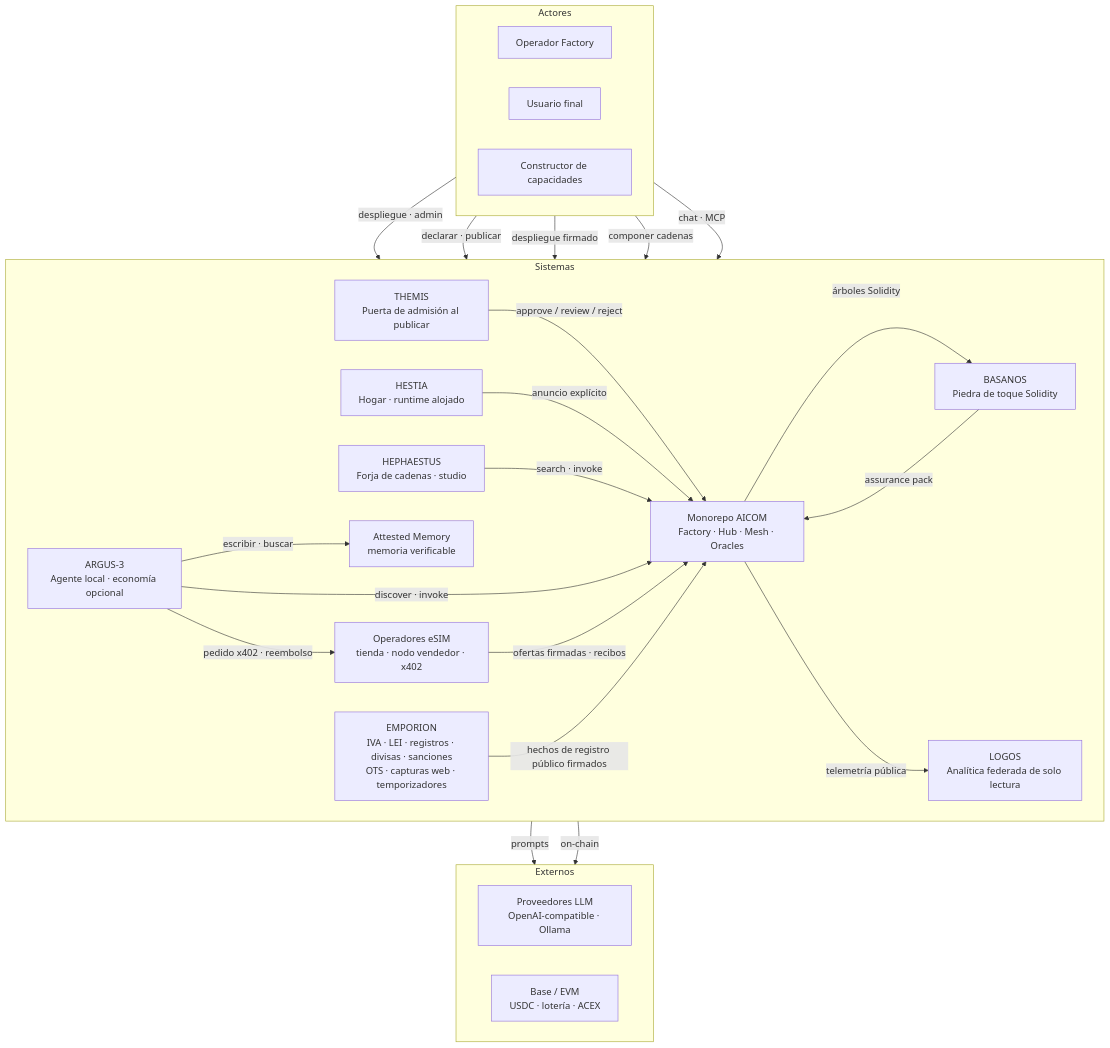
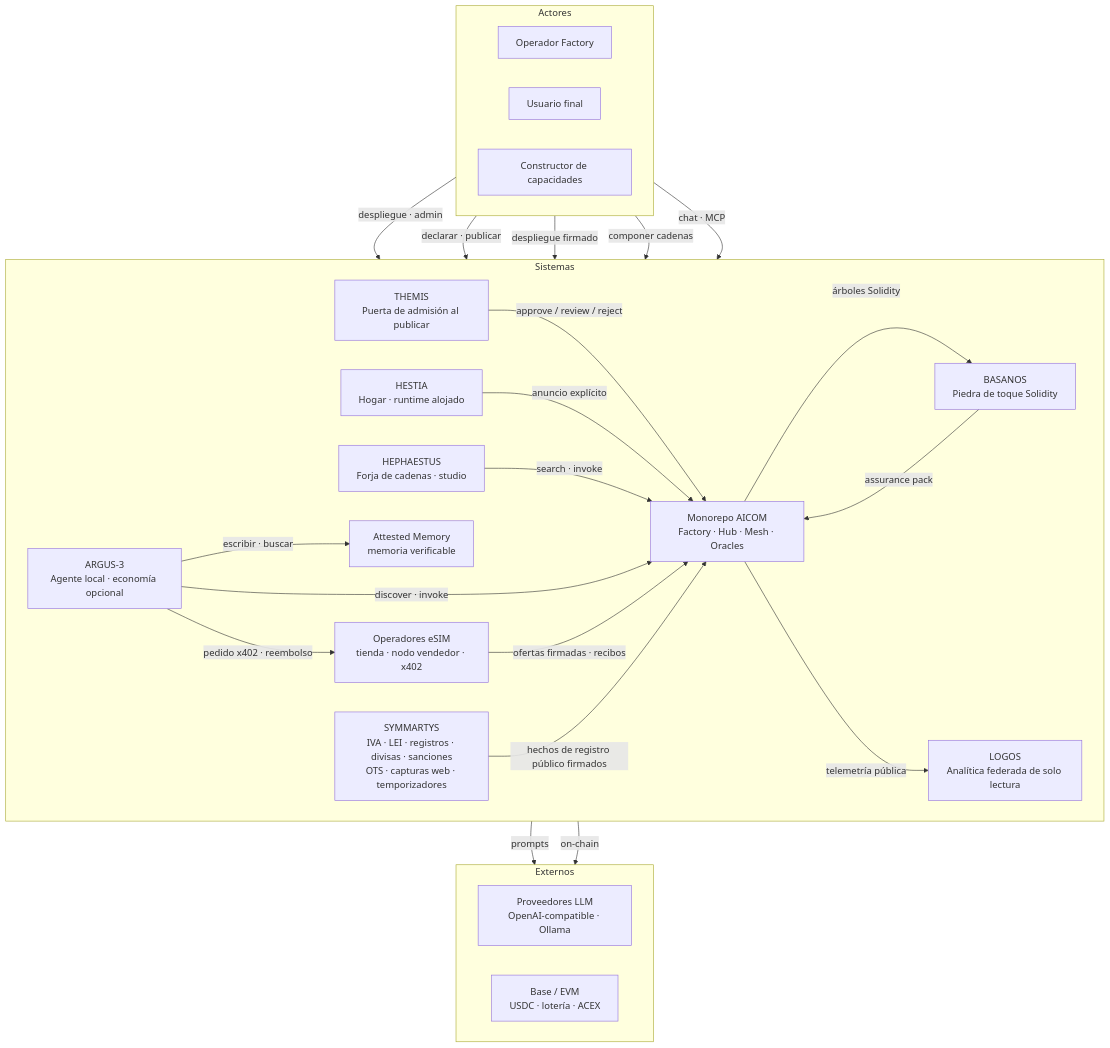
The second of 5 diagrams in docs/ecosystem/whitepaper/es.md (alexar76/aicom), drawn with Mermaid before and after one commit. The commit also changed other lines of this file and 3320 other files, not shown here.

````diff
--- a/docs/ecosystem/whitepaper/es.md
+++ b/docs/ecosystem/whitepaper/es.md
@@ -149,48 +149,48 @@
 ```mermaid
 flowchart TB
   subgraph actors["Actores"]
     direction LR
     operator["Operador Factory"]
     enduser["Usuario final"]
     builder["Constructor de capacidades"]
   end
 
   subgraph systems["Sistemas"]
     direction LR
     aicom["Monorepo AICOM<br/>Factory · Hub · Mesh · Oracles"]
     themis["THEMIS<br/>Puerta de admisión al publicar"]
     hestia["HESTIA<br/>Hogar · runtime alojado"]
     basanos["BASANOS<br/>Piedra de toque Solidity"]
     hephaestus["HEPHAESTUS<br/>Forja de cadenas · studio"]
     logos["LOGOS<br/>Analítica federada de solo lectura"]
     argus["ARGUS-3<br/>Agente local · economía opcional"]
     memory["Attested Memory<br/>memoria verificable"]
     esim["Operadores eSIM<br/>tienda · nodo vendedor · x402"]
-    emporion["EMPORION<br/>IVA · LEI · registros · divisas · sanciones<br/>OTS · capturas web · temporizadores"]
+    symmartys["SYMMARTYS<br/>IVA · LEI · registros · divisas · sanciones<br/>OTS · capturas web · temporizadores"]
   end
 
   subgraph external["Externos"]
     direction LR
     llm["Proveedores LLM<br/>OpenAI-compatible · Ollama"]
     chain["Base / EVM<br/>USDC · lotería · ACEX"]
   end
 
   operator -->|despliegue · admin| aicom
   builder -->|declarar · publicar| themis
   themis -->|"approve / review / reject"| aicom
   builder -->|despliegue firmado| hestia
   hestia -->|anuncio explícito| aicom
   enduser -->|componer cadenas| hephaestus
   hephaestus -->|search · invoke| aicom
   aicom -->|árboles Solidity| basanos
   basanos -->|assurance pack| aicom
   enduser -->|chat · MCP| argus
   argus -->|discover · invoke| aicom
   argus -->|escribir · buscar| memory
   argus -->|pedido x402 · reembolso| esim
   esim -->|ofertas firmadas · recibos| aicom
-  emporion -->|hechos de registro público firmados| aicom
+  symmartys -->|hechos de registro público firmados| aicom
   aicom -->|telemetría pública| logos
   aicom -->|prompts| llm
   aicom -->|on-chain| chain
 ```
````
